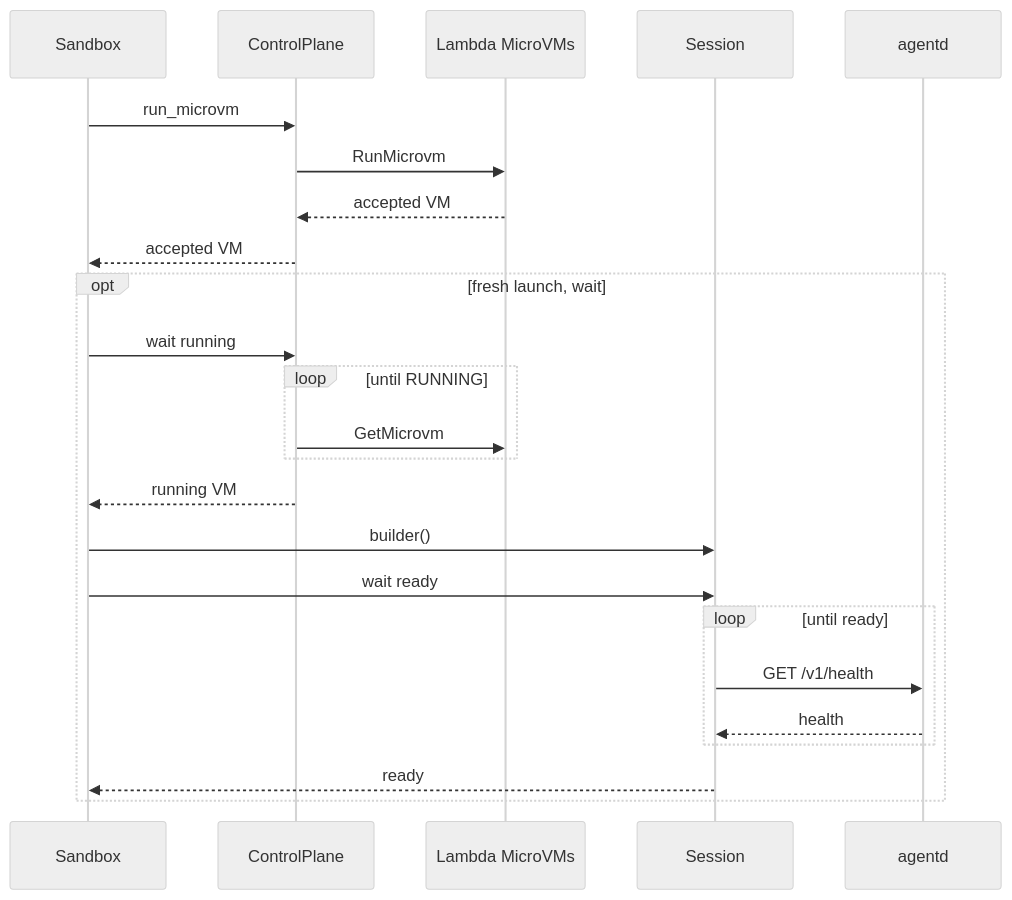
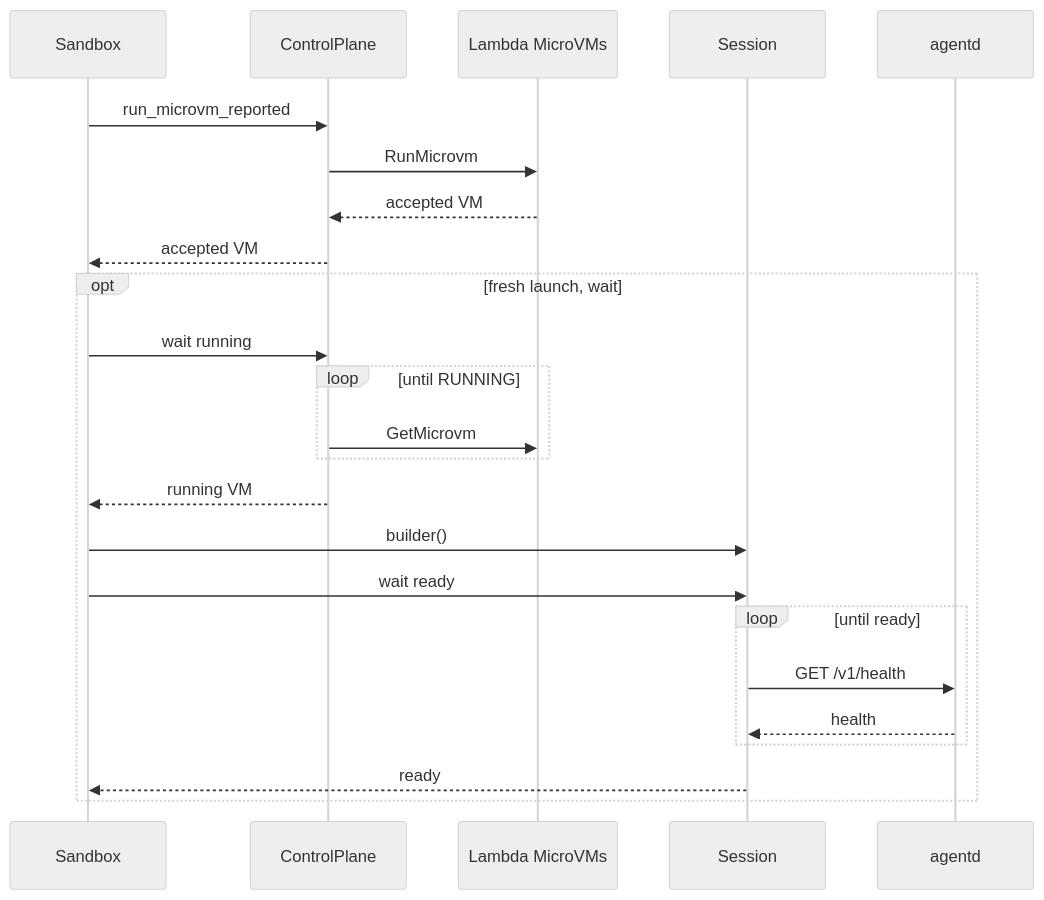
The second of 3 diagrams in docs/diagrams/behavioral/sequences.md (laithalsaadoon/microvms-agentd), drawn with Mermaid (neutral theme) before and after one commit. The commit also changed other lines of this file and 19 other files, not shown here.

````diff
--- a/docs/diagrams/behavioral/sequences.md
+++ b/docs/diagrams/behavioral/sequences.md
@@ -57,45 +57,45 @@
 ```mermaid
 sequenceDiagram
-    %% `crates/microvms-app/src/sandbox.rs:1111`
+    %% `crates/microvms-app/src/sandbox.rs:1113`
     participant Sandbox
     %% `crates/microvms-app/src/control/microvm.rs:433`
     participant Plane as ControlPlane
-    %% `crates/microvms-app/src/control/microvm.rs:466`
+    %% `crates/microvms-app/src/control/microvm.rs:476`
     participant Lambda as Lambda MicroVMs
-    %% `crates/microvms-app/src/session/mod.rs:229`
+    %% `crates/microvms-app/src/session/mod.rs:244`
     participant Session
-    %% `crates/agentd/src/routes.rs:431`
+    %% `crates/agentd/src/routes.rs:438`
     participant Agent as agentd
 
-    %% `crates/microvms-app/src/sandbox.rs:1211`
-    Sandbox->>Plane: run_microvm
-    %% `crates/microvms-app/src/control/microvm.rs:466-467`
+    %% `crates/microvms-app/src/sandbox.rs:1244-1247`
+    Sandbox->>Plane: run_microvm_reported
+    %% `crates/microvms-app/src/control/microvm.rs:476-485`
     Plane->>Lambda: RunMicrovm
-    %% `crates/microvms-app/src/control/microvm.rs:468`
+    %% `crates/microvms-app/src/control/microvm.rs:487`
     Lambda-->>Plane: accepted VM
-    %% `crates/microvms-app/src/control/microvm.rs:469`
+    %% `crates/microvms-app/src/control/microvm.rs:488`
     Plane-->>Sandbox: accepted VM
-    %% `crates/microvms-app/src/sandbox.rs:1233-1234`
+    %% `crates/microvms-app/src/sandbox.rs:1276-1277`
     opt fresh launch, wait
-        %% `crates/microvms-app/src/sandbox.rs:1295`
+        %% `crates/microvms-app/src/sandbox.rs:1340`
         Sandbox->>Plane: wait running
         loop until RUNNING
-            %% `crates/microvms-app/src/control/microvm.rs:759-762`
+            %% `crates/microvms-app/src/control/microvm.rs:778-781`
             Plane->>Lambda: GetMicrovm
         end
-        %% `crates/microvms-app/src/control/microvm.rs:655`
+        %% `crates/microvms-app/src/control/microvm.rs:674`
         Plane-->>Sandbox: running VM
-        %% `crates/microvms-app/src/sandbox.rs:1256-1264`
+        %% `crates/microvms-app/src/sandbox.rs:1299-1309`
         Sandbox->>Session: builder()
-        %% `crates/microvms-app/src/sandbox.rs:1307-1310`
+        %% `crates/microvms-app/src/sandbox.rs:1359-1362`
         Sandbox->>Session: wait ready
         loop until ready
-            %% `crates/microvms-app/src/session/mod.rs:392-395`
+            %% `crates/microvms-app/src/session/mod.rs:417-420`
             Session->>Agent: GET /v1/health
-            %% `crates/agentd/src/routes.rs:435-466`
+            %% `crates/agentd/src/routes.rs:442-473`
             Agent-->>Session: health
         end
-        %% `crates/microvms-app/src/session/mod.rs:426-427`
+        %% `crates/microvms-app/src/session/mod.rs:476-486`
         Session-->>Sandbox: ready
     end
 ```
````
